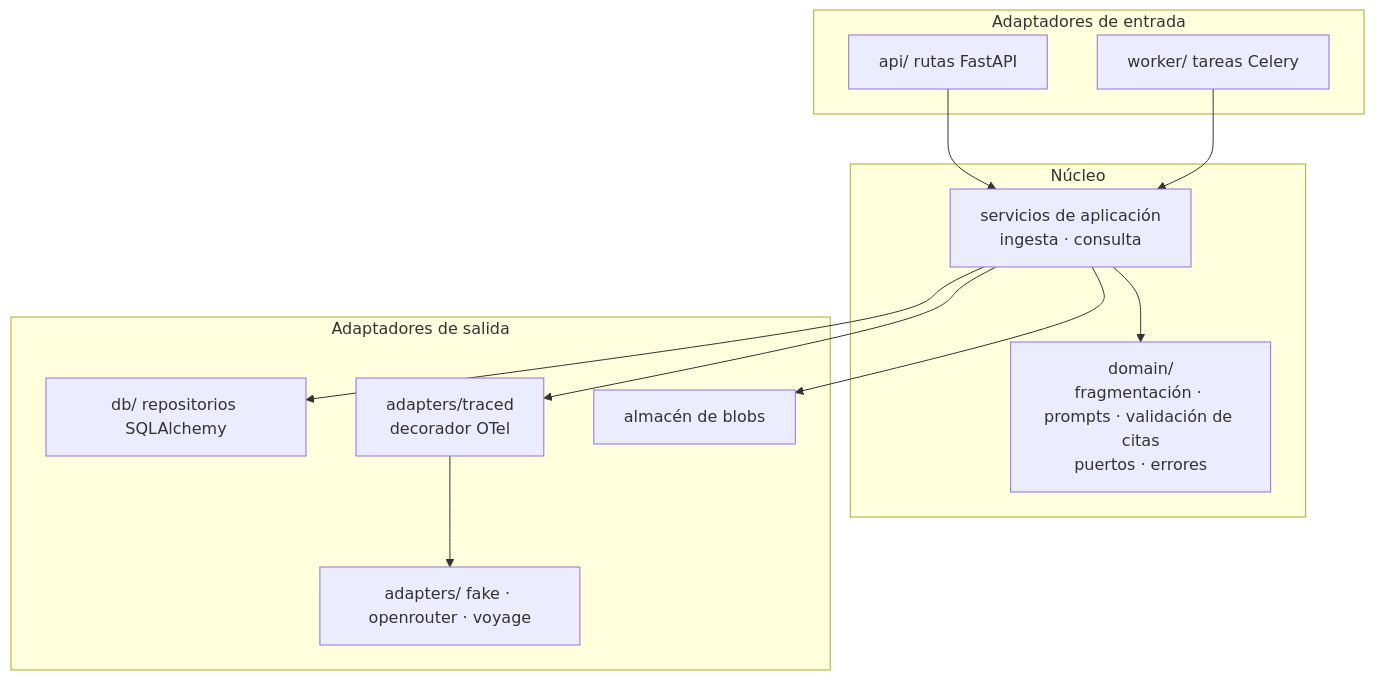
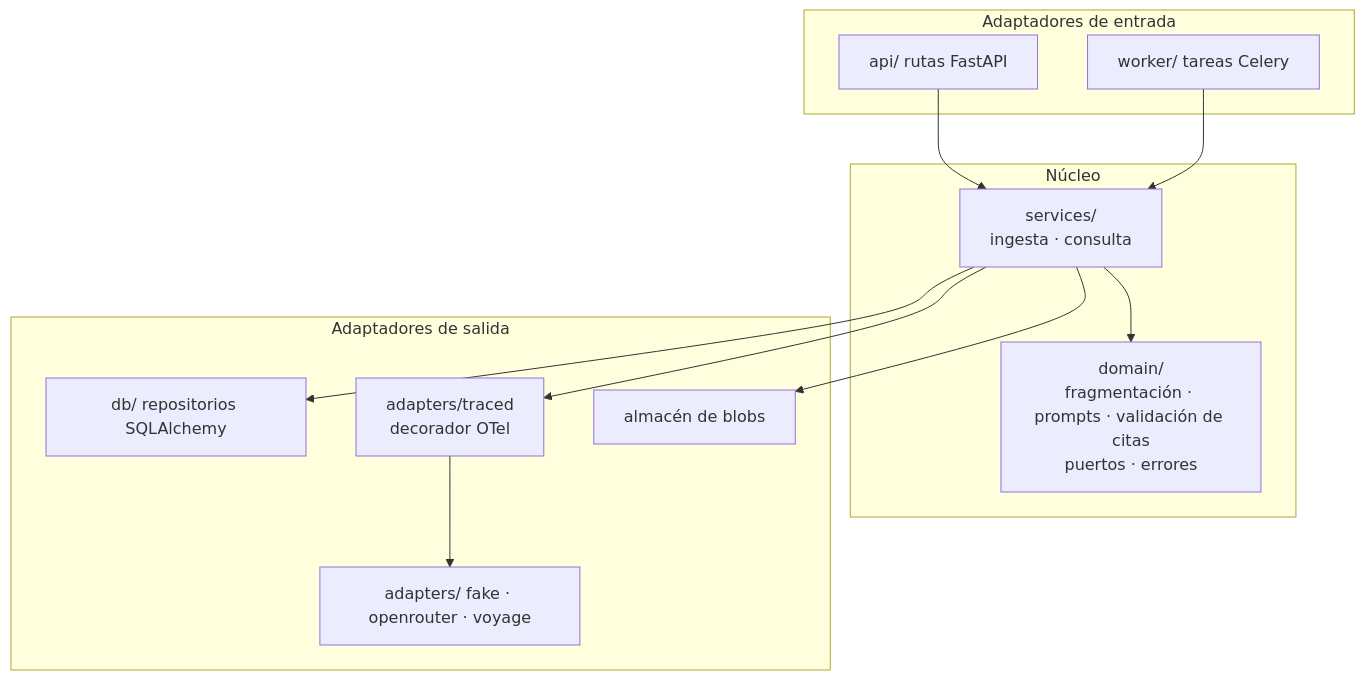
One commit to alayoalex/NorteLegalRAG changed the second of 6 diagrams in docs/architecture.md. Above: the diagram before and after it, drawn with Mermaid. The commit also changed other lines of this file and 34 other files, not shown here.

````diff
--- a/docs/architecture.md
+++ b/docs/architecture.md
@@ -31,23 +31,23 @@
 ```mermaid
 flowchart TB
     subgraph entrada [Adaptadores de entrada]
         routes[api/ rutas FastAPI]
         tasks[worker/ tareas Celery]
     end
     subgraph nucleo [Núcleo]
-        services[servicios de aplicación<br/>ingesta · consulta]
+        services[services/<br/>ingesta · consulta]
         domain[domain/<br/>fragmentación · prompts · validación de citas<br/>puertos · errores]
     end
     subgraph salida [Adaptadores de salida]
         repo[db/ repositorios SQLAlchemy]
         prov[adapters/ fake · openrouter · voyage]
         traced[adapters/traced<br/>decorador OTel]
         store[almacén de blobs]
     end
     routes --> services
     tasks --> services
     services --> domain
     services --> repo
     services --> traced --> prov
     services --> store
 ```
````
